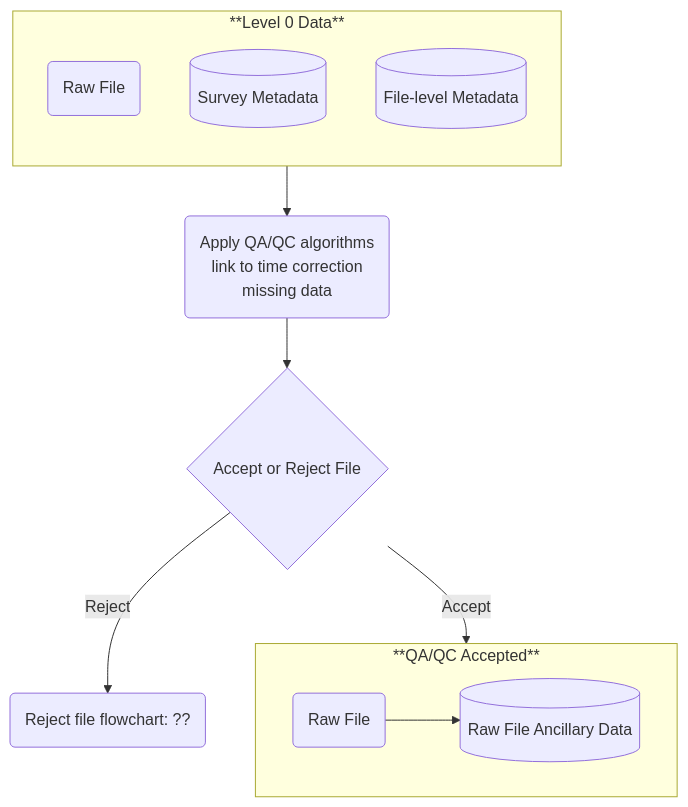
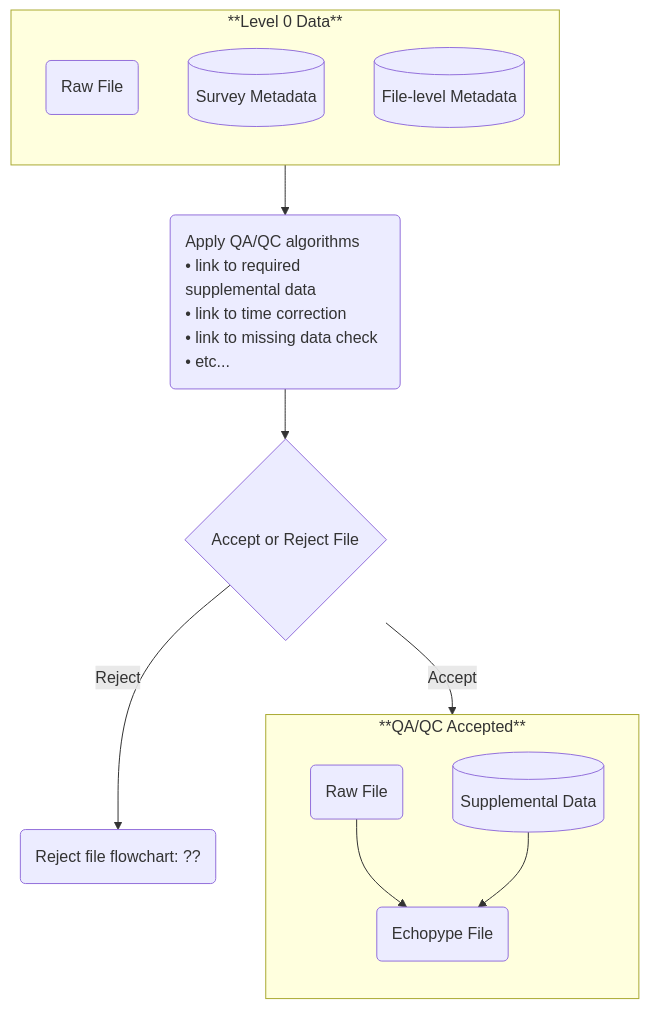
One commit to nmfs-ost/AA-SI_DataRoadMap changed the second of 2 diagrams in README.md. Above: the diagram before and after it, drawn with Mermaid. The commit also changed other lines of this file, not shown here.

Commit message:
edit schematic and text

````diff
--- a/README.md
+++ b/README.md
@@ -83,19 +83,24 @@
 ```mermaid
 flowchart TB
     subgraph SG_L0Data["**Level 0 Data**"]
         direction TB
         node_L0RF@{ shape: rounded, label: "Raw File" }
         node_L0SMD@{ shape: database, label: "Survey Metadata" }
         node_RFMD@{ shape: database, label: "File-level Metadata" }
     end
     subgraph SG_AcceptFile["**QA/QC Accepted**"]
-        direction LR
-        node_L0RF1@{ shape: rounded, label: "Raw File" } --> node_RFAD@{ shape: database, label: "Raw File Ancillary Data" }
+        direction TB
+        node_L0RF1@{ shape: rounded, label: "Raw File" }
+        node_RFSD@{ shape: database, label: "Supplemental Data" }
+        node_EPF@{ shape: rounded, label: "Echopype File" }
+        node_L0RF1 --> node_EPF
+        node_RFSD --> node_EPF
     end
-SG_L0Data --> node_QAQC@{ shape: rounded, label: "Apply QA/QC algorithms<br/>link to time correction<br/>missing data" }
+SG_L0Data --> node_QAQC@{ shape: rounded, label: "Apply QA/QC algorithms<br/>&bull; link to required supplemental data<br/>&bull; link to time correction<br/>&bull; link to missing data check<br/>&bull; etc..." }
+style node_QAQC text-align:left
 node_QAQC --> node_AcceptReject@{ shape: diamond, label: "Accept or Reject File" }
 node_AcceptReject --> |Accept| SG_AcceptFile
 node_AcceptReject --> |Reject| node_Reject@{ shape: rounded, label: "Reject file flowchart: ??" }
 
 
 ```
````
